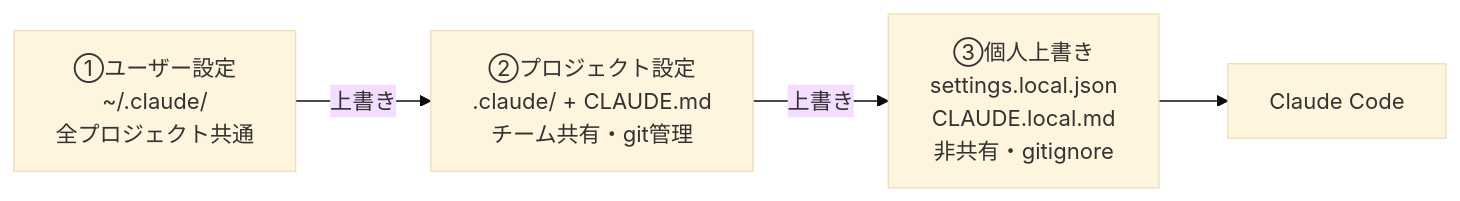
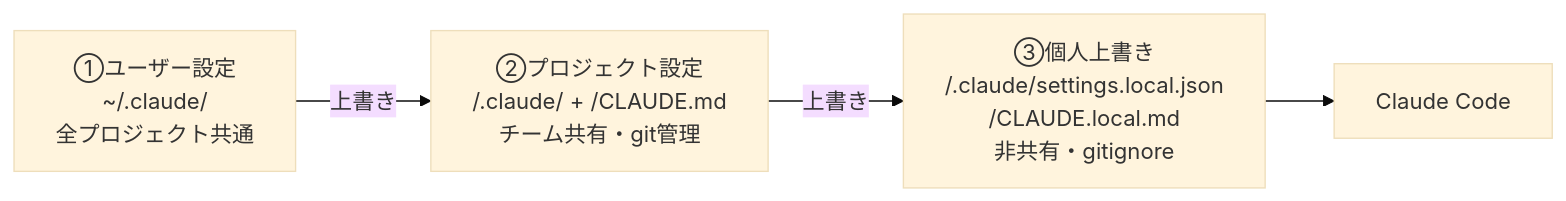
One commit to zabaot/claude-project-template changed the second of 7 diagrams in README.md. Above: the diagram before and after it, drawn with Mermaid (base theme). The commit also changed other lines of this file, not shown here.

Commit message:
Clarify all file paths with home/project-root prefixes

````diff
--- a/README.md
+++ b/README.md
@@ -63,9 +63,9 @@
 ```mermaid
 graph LR
     U["①ユーザー設定\n~/.claude/\n全プロジェクト共通"]
-    P["②プロジェクト設定\n.claude/ + CLAUDE.md\nチーム共有・git管理"]
-    L["③個人上書き\nsettings.local.json\nCLAUDE.local.md\n非共有・gitignore"]
+    P["②プロジェクト設定\n<project>/.claude/ + <project>/CLAUDE.md\nチーム共有・git管理"]
+    L["③個人上書き\n<project>/.claude/settings.local.json\n<project>/CLAUDE.local.md\n非共有・gitignore"]
     CC["Claude Code"]
 
     U -->|上書き| P -->|上書き| L --> CC
 ```
````
